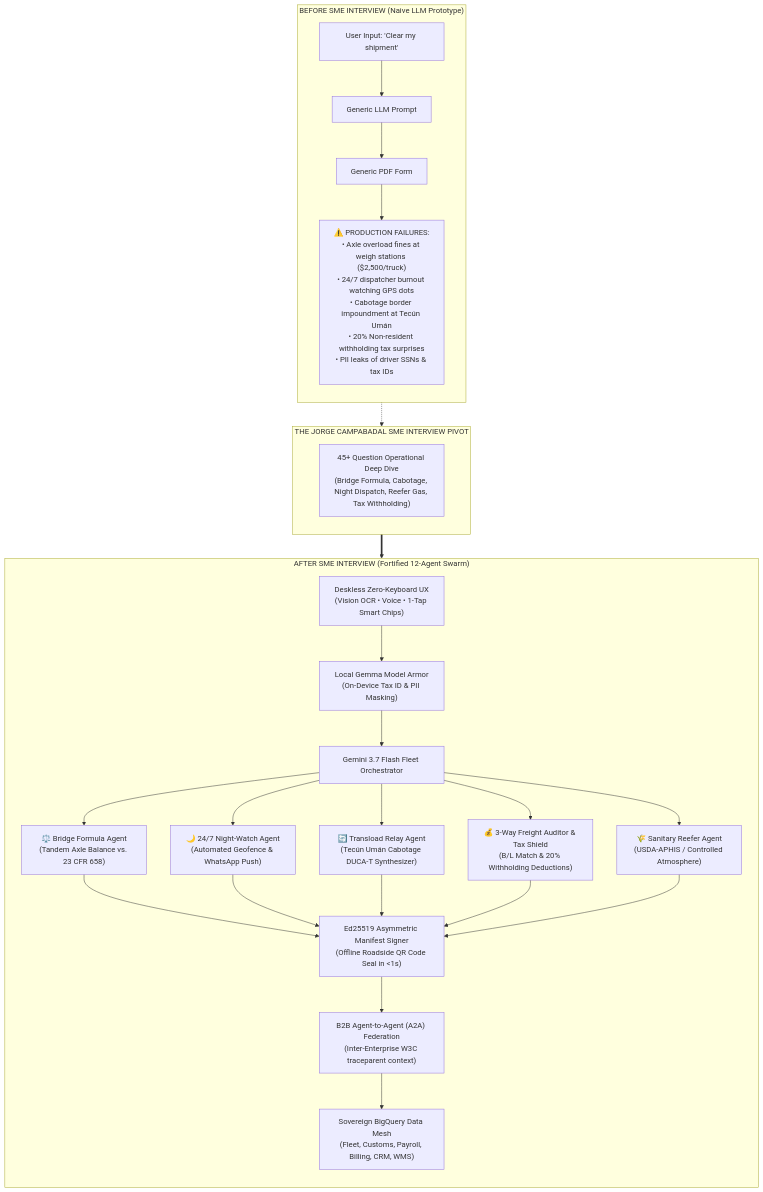
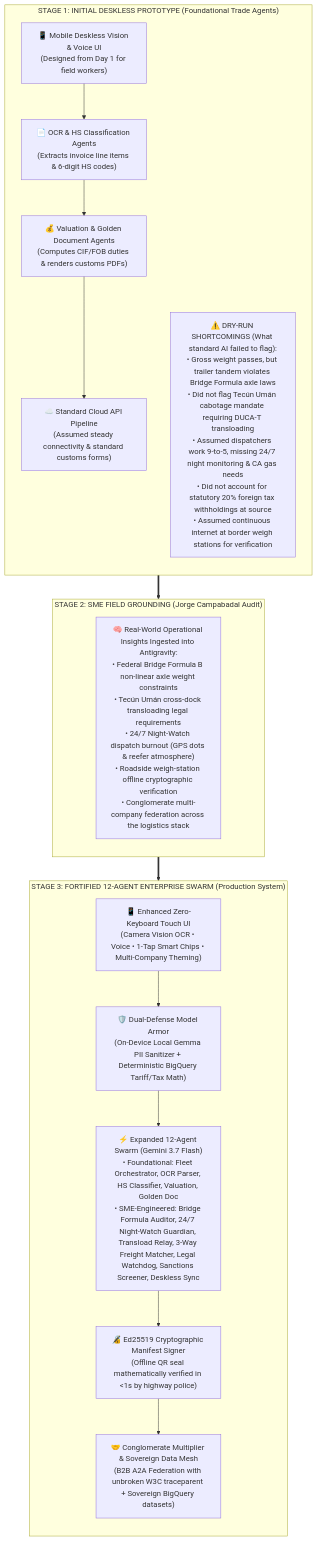
Before and after one commit to CostaCloudSA/all-things-logistics: the first of 2 diagrams in docs/TECHNICAL_BLOG_POST.md, drawn with Mermaid. The commit also changed other lines of this file and 36 other files, not shown here.

````diff
--- a/docs/TECHNICAL_BLOG_POST.md
+++ b/docs/TECHNICAL_BLOG_POST.md
@@ -29,33 +47,37 @@
 ```mermaid
 flowchart TD
-    subgraph NaiveArchitecture ["BEFORE SME INTERVIEW (Naive LLM Prototype)"]
+    subgraph Stage1 ["STAGE 1: INITIAL DESKLESS PROTOTYPE (Foundational Trade Agents)"]
         direction TB
-        N1["User Input: 'Clear my shipment'"] --> N2["Generic LLM Prompt"]
-        N2 --> N3["Generic PDF Form"]
-        N3 --> N4["⚠️ PRODUCTION FAILURES:\n• Axle overload fines at weigh stations ($2,500/truck)\n• 24/7 dispatcher burnout watching GPS dots\n• Cabotage border impoundment at Tecún Umán\n• 20% Non-resident withholding tax surprises\n• PII leaks of driver SSNs & tax IDs"]
+        S1_UI["📱 Mobile Deskless Vision & Voice UI\n(Designed from Day 1 for field workers)"]
+        S1_OCR["📄 OCR & HS Classification Agents\n(Extracts invoice line items & 6-digit HS codes)"]
+        S1_Val["💰 Valuation & Golden Document Agents\n(Computes CIF/FOB duties & renders customs PDFs)"]
+        S1_Cloud["☁️ Standard Cloud API Pipeline\n(Assumed steady connectivity & standard customs forms)"]
+        
+        S1_UI --> S1_OCR --> S1_Val --> S1_Cloud
+        
+        S1_Blindspot["⚠️ DRY-RUN SHORTCOMINGS (What standard AI failed to flag):\n• Gross weight passes, but trailer tandem violates Bridge Formula axle laws\n• Did not flag Tecún Umán cabotage mandate requiring DUCA-T transloading\n• Assumed dispatchers work 9-to-5, missing 24/7 night monitoring & CA gas needs\n• Did not account for statutory 20% foreign tax withholdings at source\n• Assumed continuous internet at border weigh stations for verification"]
     end
 
-    subgraph InterviewBridge ["THE JORGE CAMPABADAL SME INTERVIEW PIVOT"]
+    subgraph Stage2 ["STAGE 2: SME FIELD GROUNDING (Jorge Campabadal Audit)"]
         direction TB
-        I1["45+ Question Operational Deep Dive\n(Bridge Formula, Cabotage, Night Dispatch, Reefer Gas, Tax Withholding)"]
+        S2_Discovery["🧠 Real-World Operational Insights Ingested into Antigravity:\n• Federal Bridge Formula B non-linear axle weight constraints\n• Tecún Umán cross-dock transloading legal requirements\n• 24/7 Night-Watch dispatch burnout (GPS dots & reefer atmosphere)\n• Roadside weigh-station offline cryptographic verification\n• Conglomerate multi-company federation across the logistics stack"]
     end
 
-    subgraph FortifiedEnterpriseArchitecture ["AFTER SME INTERVIEW (Fortified 12-Agent Swarm)"]
+    subgraph Stage3 ["STAGE 3: FORTIFIED 12-AGENT ENTERPRISE SWARM (Production System)"]
         direction TB
-        F1["Deskless Zero-Keyboard UX\n(Vision OCR • Voice • 1-Tap Smart Chips)"] --> F2["Local Gemma Model Armor\n(On-Device Tax ID & PII Masking)"]
-        F2 --> F3["Gemini 3.7 Flash Fleet Orchestrator"]
+        S3_UI["📱 Enhanced Zero-Keyboard Touch UI\n(Camera Vision OCR • Voice • 1-Tap Smart Chips • Multi-Company Theming)"]
         
-        F3 --> F4["⚖️ Bridge Formula Agent\n(Tandem Axle Balance vs. 23 CFR 658)"]
-        F3 --> F5["🌙 24/7 Night-Watch Agent\n(Automated Geofence & WhatsApp Push)"]
-        F3 --> F6["🔄 Transload Relay Agent\n(Tecún Umán Cabotage DUCA-T Synthesizer)"]
-        F3 --> F7["💰 3-Way Freight Auditor & Tax Shield\n(B/L Match & 20% Withholding Deductions)"]
-        F3 --> F8["🌾 Sanitary Reefer Agent\n(USDA-APHIS / Controlled Atmosphere)"]
+        S3_Armor["🛡️ Dual-Defense Model Armor\n(On-Device Local Gemma PII Sanitizer + Deterministic BigQuery Tariff/Tax Math)"]
         
-        F4 & F5 & F6 & F7 & F8 --> F9["Ed25519 Asymmetric Manifest Signer\n(Offline Roadside QR Code Seal in <1s)"]
-        F9 --> F10["B2B Agent-to-Agent (A2A) Federation\n(Inter-Enterprise W3C traceparent context)"]
-        F10 --> F11["Sovereign BigQuery Data Mesh\n(Fleet, Customs, Payroll, Billing, CRM, WMS)"]
+        S3_Swarm["⚡ Expanded 12-Agent Swarm (Gemini 3.7 Flash)\n• Foundational: Fleet Orchestrator, OCR Parser, HS Classifier, Valuation, Golden Doc\n• SME-Engineered: Bridge Formula Auditor, 24/7 Night-Watch Guardian, Transload Relay, 3-Way Freight Matcher, Legal Watchdog, Sanctions Screener, Deskless Sync"]
+        
+        S3_Security["🔏 Ed25519 Cryptographic Manifest Signer\n(Offline QR seal mathematically verified in <1s by highway police)"]
+        
+        S3_Network["🤝 Conglomerate Multiplier & Sovereign Data Mesh\n(B2B A2A Federation with unbroken W3C traceparent + Sovereign BigQuery datasets)"]
+        
+        S3_UI --> S3_Armor --> S3_Swarm --> S3_Security --> S3_Network
     end
 
-    NaiveArchitecture -.-> InterviewBridge
-    InterviewBridge ==> FortifiedEnterpriseArchitecture
+    Stage1 ==> Stage2
+    Stage2 ==> Stage3
 ```
````
